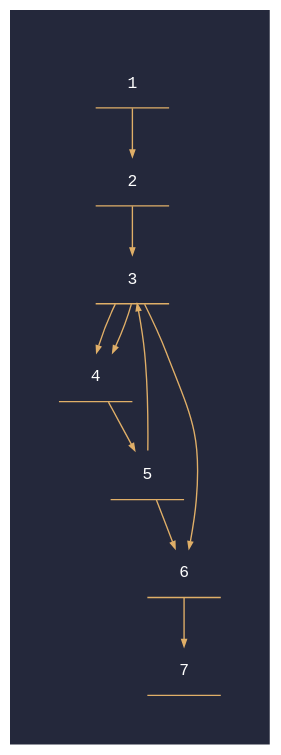
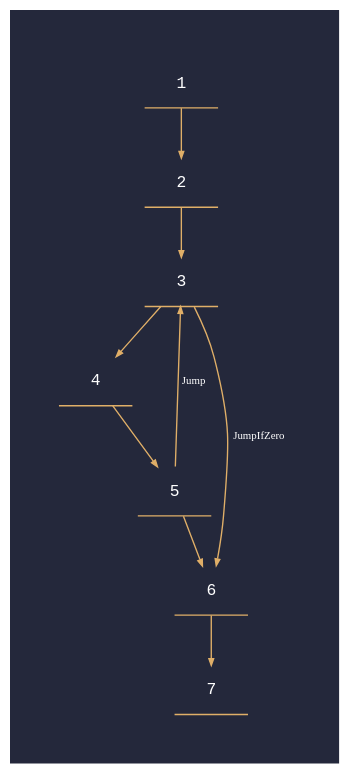
The diagram in programs/dot-files/factorial.cfg.dot (jorgeypcb/ImpCodeGenerator), drawn with Graphviz before and after one commit. The commit also changed 6 other files, not shown here.

```diff
--- a/programs/dot-files/factorial.cfg.dot
+++ b/programs/dot-files/factorial.cfg.dot
@@ -1,20 +1,19 @@
 digraph "factorial.cfg" {
 	graph [bgcolor="#24283B" pad=0.5]
 	node [color="#E0AF68" fontcolor="#ffffff" fontname="Hack, monospace" fontsize=12 shape=underline]
 	edge [arrowsize=0.5 color="#E0AF68" fontcolor="#ffffff" fontsize=8]
 	1
 	2
 	3
 	4
 	5
 	6
 	1 -> 2 [label=""]
 	2 -> 3 [label=""]
 	3 -> 4 [label=""]
-	3 -> 6 [label=""]
-	3 -> 4 [label=""]
+	3 -> 6 [label=JumpIfZero]
 	4 -> 5 [label=""]
-	5 -> 3 [label=""]
+	5 -> 3 [label=Jump]
 	5 -> 6 [label=""]
 	6 -> 7 [label=""]
 }
```
